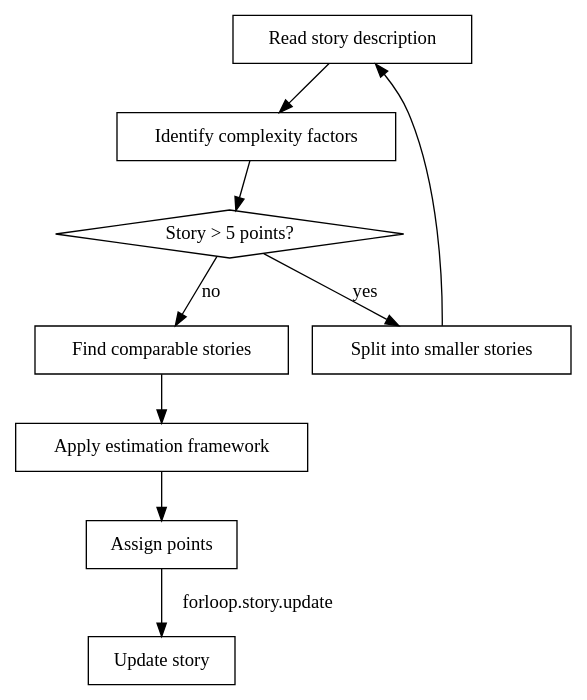
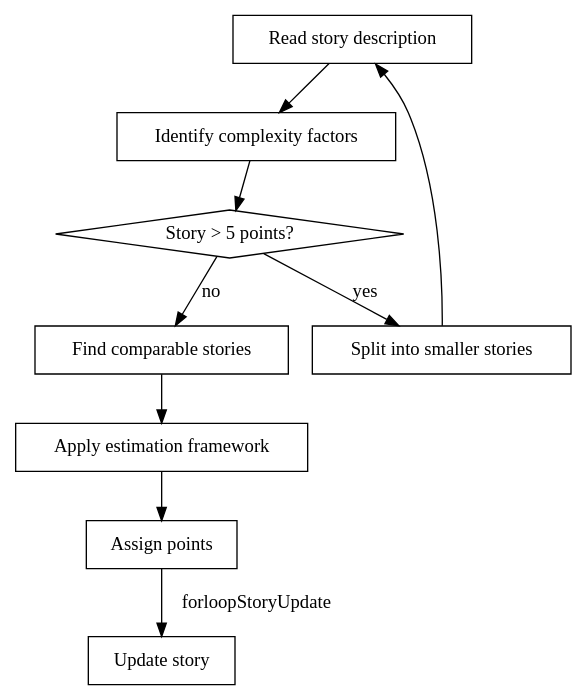
One commit to forloop-cc/forloop-opencode-plugin-planner changed the diagram in skills/story-points/SKILL.md. Above: the diagram before and after it, drawn with Graphviz. The commit also changed other lines of this file and 27 other files, not shown here.

````diff
--- a/skills/story-points/SKILL.md
+++ b/skills/story-points/SKILL.md
@@ -61,21 +61,21 @@
 ```dot
 digraph estimation {
     "Read story description" [shape=box];
     "Identify complexity factors" [shape=box];
     "Story > 5 points?" [shape=diamond];
     "Split into smaller stories" [shape=box];
     "Find comparable stories" [shape=box];
     "Apply estimation framework" [shape=box];
     "Assign points" [shape=box];
     "Update story" [shape=box];
 
     "Read story description" -> "Identify complexity factors";
     "Identify complexity factors" -> "Story > 5 points?";
     "Story > 5 points?" -> "Split into smaller stories" [label="yes"];
     "Story > 5 points?" -> "Find comparable stories" [label="no"];
     "Split into smaller stories" -> "Read story description";
     "Find comparable stories" -> "Apply estimation framework";
     "Apply estimation framework" -> "Assign points";
-    "Assign points" -> "Update story" [label="forloop.story.update"];
+    "Assign points" -> "Update story" [label="forloopStoryUpdate"];
 }
 ```
````
